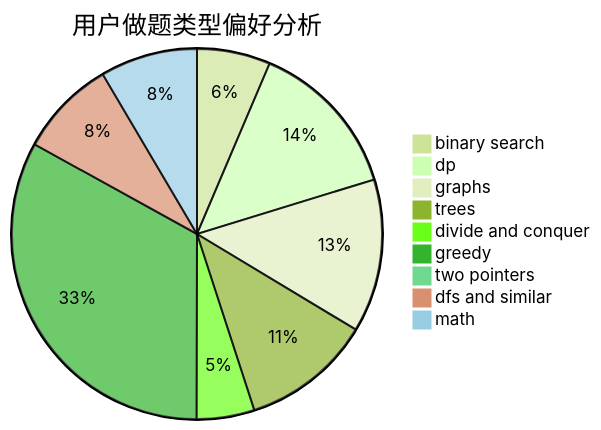
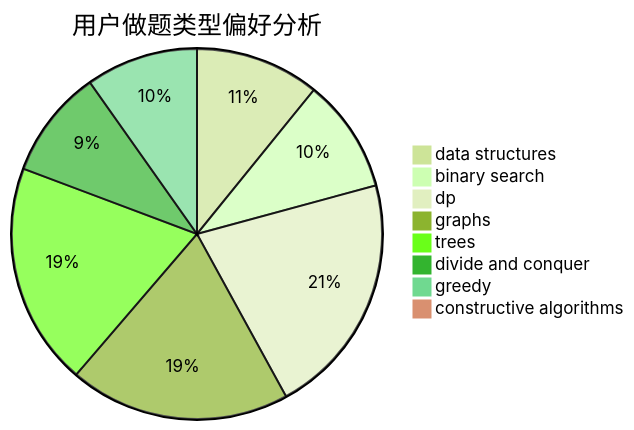
Before and after one commit to sherpahu/cfrs.github.io: the second of 3 diagrams in docs/user/u133.md, drawn with Mermaid (forest theme). The commit also changed other lines of this file and 2775 other files, not shown here.

````diff
--- a/docs/user/u133.md
+++ b/docs/user/u133.md
@@ -23,12 +23,11 @@
 ```mermaid
 pie title 用户做题类型偏好分析
-    "binary search" :  80
-    "dp" :  173
-    "graphs" :  167
-    "trees" :  142
+    "data structures" :  72
+    "binary search" :  66
+    "dp" :  141
+    "graphs" :  128
+    "trees" :  129
     "divide and conquer" :  63
-    "greedy" :  412
-    "two pointers" :  5
-    "dfs and similar" :  106
-    "math" :  106
+    "greedy" :  65
+    "constructive algorithms" :  4
 ```
````
